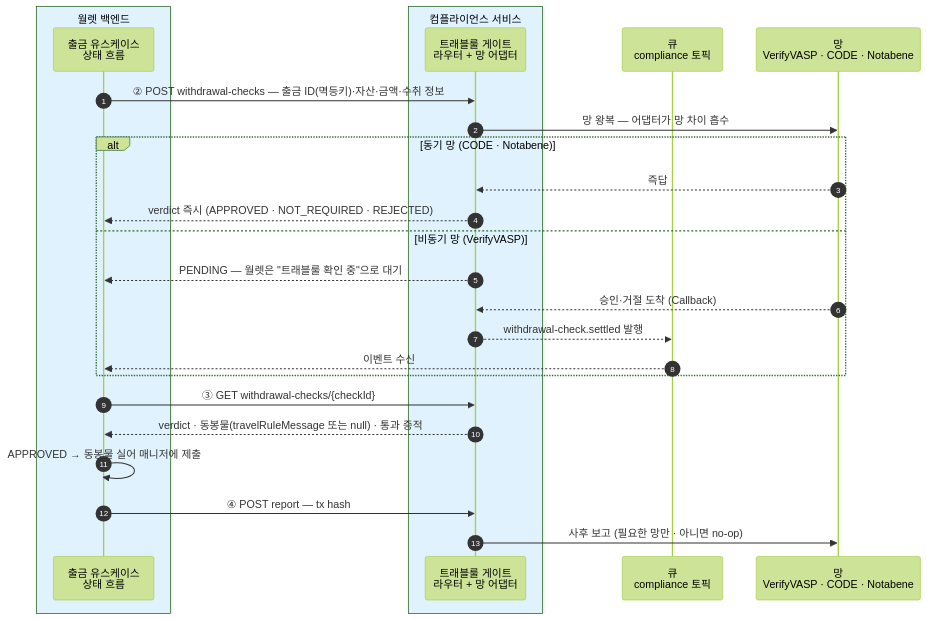
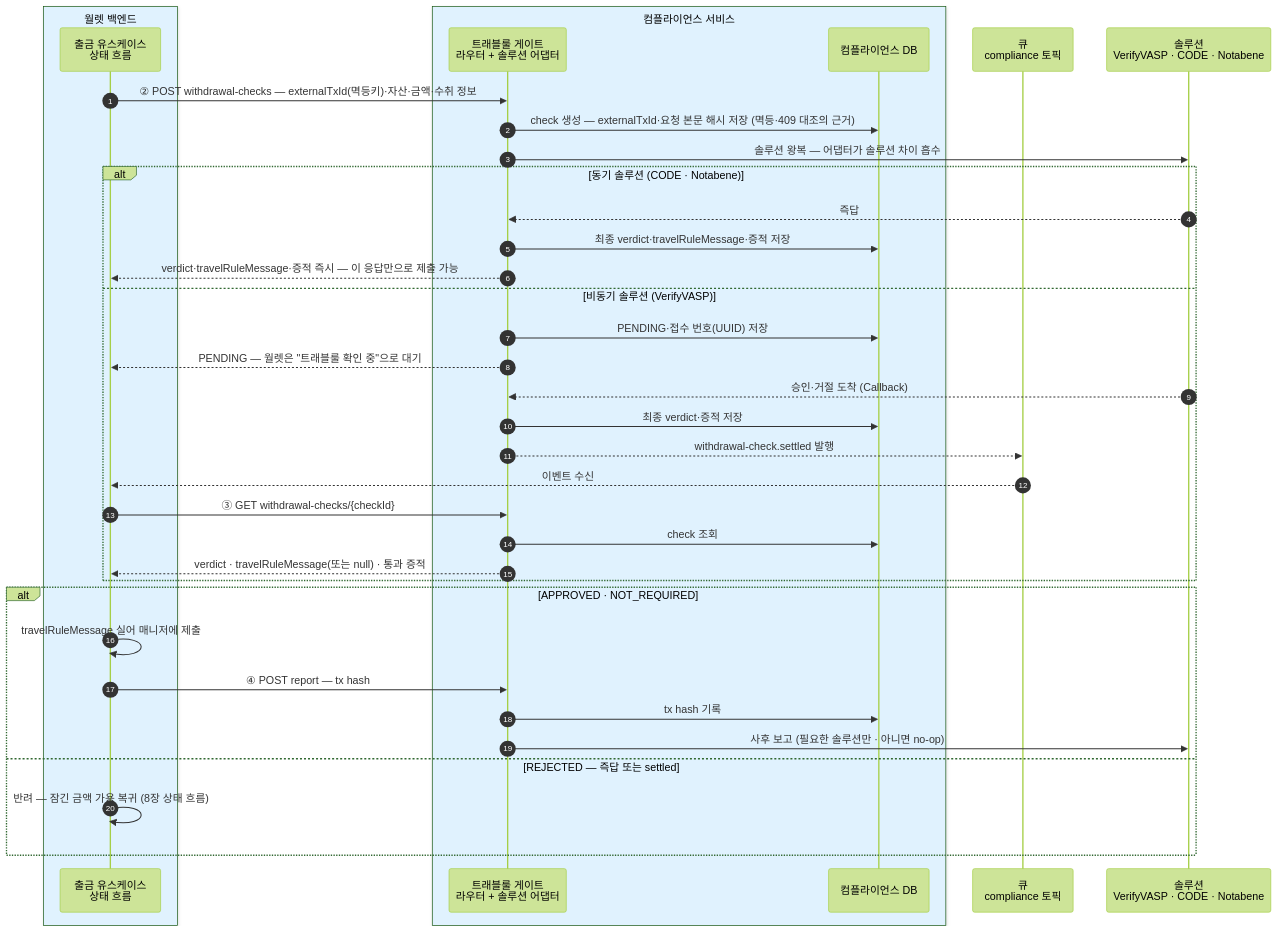
One commit to eunsujeo/eunpus changed the third of 4 diagrams in blockchain-manager/docs/컴플라이언스/설계/01-interface.md. Above: the diagram before and after it, drawn with Mermaid (forest theme). The commit also changed other lines of this file and 26 other files, not shown here.

````diff
--- a/blockchain-manager/docs/컴플라이언스/설계/01-interface.md
+++ b/blockchain-manager/docs/컴플라이언스/설계/01-interface.md
@@ -47,29 +115,40 @@
 ```mermaid
 sequenceDiagram
     autonumber
     box rgb(224,242,254) 월렛 백엔드
     participant BE as 출금 유스케이스<br/>상태 흐름
     end
     box rgb(224,242,254) 컴플라이언스 서비스
-    participant CP as 트래블룰 게이트<br/>라우터 + 망 어댑터
+    participant CP as 트래블룰 게이트<br/>라우터 + 솔루션 어댑터
+    participant DB as 컴플라이언스 DB
     end
     participant MQ as 큐<br/>compliance 토픽
-    participant NET as 망<br/>VerifyVASP · CODE · Notabene
+    participant NET as 솔루션<br/>VerifyVASP · CODE · Notabene
 
-    BE->>CP: ② POST withdrawal-checks — 출금 ID(멱등키)·자산·금액·수취 정보
-    CP->>NET: 망 왕복 — 어댑터가 망 차이 흡수
-    alt 동기 망 (CODE · Notabene)
+    BE->>CP: ② POST withdrawal-checks — externalTxId(멱등키)·자산·금액·수취 정보
+    CP->>DB: check 생성 — externalTxId·요청 본문 해시 저장 (멱등·409 대조의 근거)
+    CP->>NET: 솔루션 왕복 — 어댑터가 솔루션 차이 흡수
+    alt 동기 솔루션 (CODE · Notabene)
         NET-->>CP: 즉답
-        CP-->>BE: verdict 즉시 (APPROVED · NOT_REQUIRED · REJECTED)
-    else 비동기 망 (VerifyVASP)
+        CP->>DB: 최종 verdict·travelRuleMessage·증적 저장
+        CP-->>BE: verdict·travelRuleMessage·증적 즉시 — 이 응답만으로 제출 가능
+    else 비동기 솔루션 (VerifyVASP)
+        CP->>DB: PENDING·접수 번호(UUID) 저장
         CP-->>BE: PENDING — 월렛은 "트래블룰 확인 중"으로 대기
         NET-->>CP: 승인·거절 도착 (Callback)
+        CP->>DB: 최종 verdict·증적 저장
         CP-->>MQ: withdrawal-check.settled 발행
         MQ-->>BE: 이벤트 수신
+        BE->>CP: ③ GET withdrawal-checks/{checkId}
+        CP->>DB: check 조회
+        CP-->>BE: verdict · travelRuleMessage(또는 null) · 통과 증적
     end
-    BE->>CP: ③ GET withdrawal-checks/{checkId}
-    CP-->>BE: verdict · 동봉물(travelRuleMessage 또는 null) · 통과 증적
-    BE->>BE: APPROVED → 동봉물 실어 매니저에 제출
-    BE->>CP: ④ POST report — tx hash
-    CP->>NET: 사후 보고 (필요한 망만 · 아니면 no-op)
+    alt APPROVED · NOT_REQUIRED
+        BE->>BE: travelRuleMessage 실어 매니저에 제출
+        BE->>CP: ④ POST report — tx hash
+        CP->>DB: tx hash 기록
+        CP->>NET: 사후 보고 (필요한 솔루션만 · 아니면 no-op)
+    else REJECTED — 즉답 또는 settled
+        BE->>BE: 반려 — 잠긴 금액 가용 복귀 (8장 상태 흐름)
+    end
 ```
````
